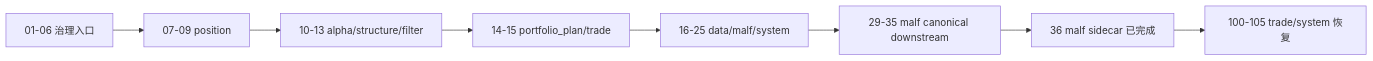
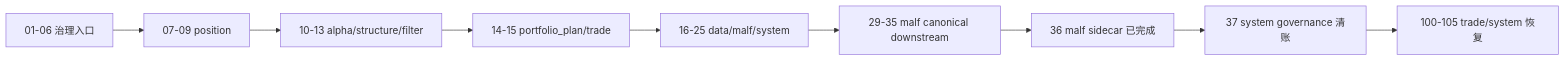
Before and after one commit to everything-is-simple/lifespan-0.01: the diagram in docs/03-execution/B-card-catalog-20260409.md, drawn with Mermaid. The commit also changed other lines of this file and 32 other files, not shown here.

Commit message:
system: align governance backlog and execution indexes

````diff
--- a/docs/03-execution/B-card-catalog-20260409.md
+++ b/docs/03-execution/B-card-catalog-20260409.md
@@ -66,10 +67,11 @@
 ```mermaid
 flowchart LR
     G01["01-06 治理入口"] --> P07["07-09 position"]
     P07 --> A10["10-13 alpha/structure/filter"]
     A10 --> T14["14-15 portfolio_plan/trade"]
     T14 --> D16["16-25 data/malf/system"]
     D16 --> M29["29-35 malf canonical downstream"]
     M29 --> M35["36 malf sidecar 已完成"]
-    M35 --> POST["100-105 trade/system 恢复"]
+    M35 --> G37["37 system governance 清账"]
+    G37 --> POST["100-105 trade/system 恢复"]
 ```
````
